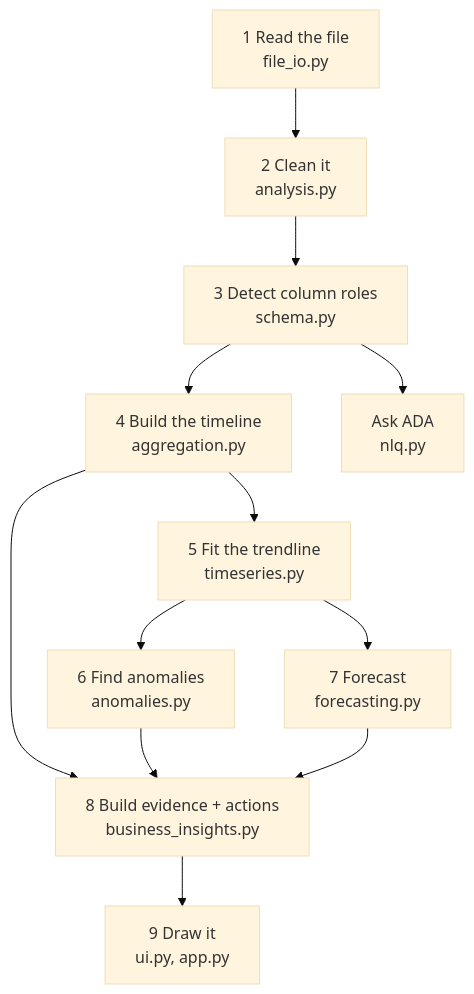
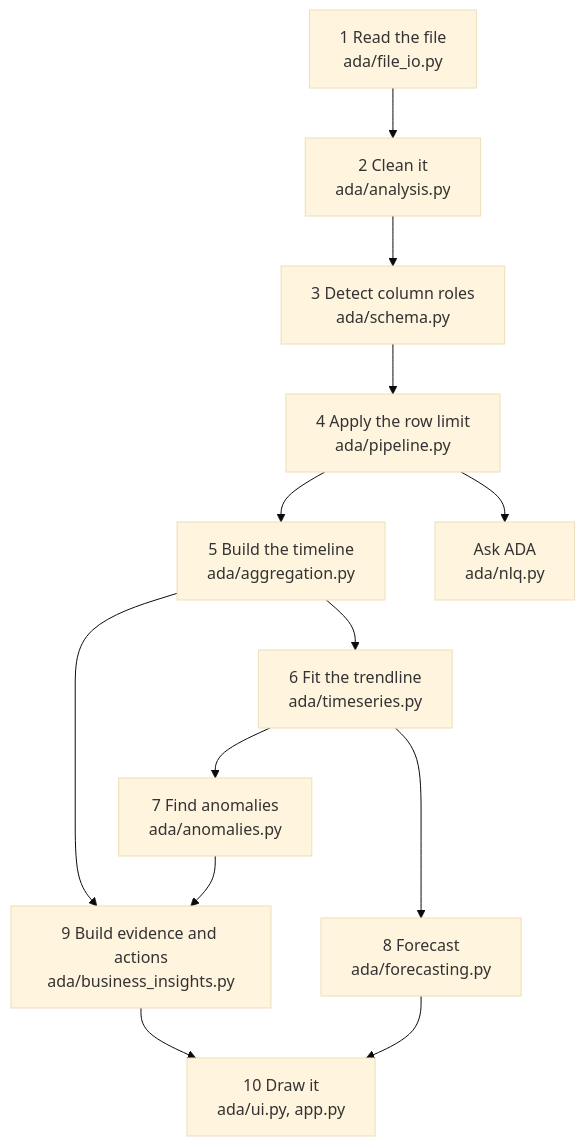
One commit to saineshnakra/automated-data-analyst changed the first of 2 diagrams in docs/how-it-works.md. Above: the diagram before and after it, drawn with Mermaid (base theme). The commit also changed other lines of this file and 22 other files, not shown here.

````diff
--- a/docs/how-it-works.md
+++ b/docs/how-it-works.md
@@ -6,14 +6,15 @@
 ```mermaid
 flowchart TD
-    A["1 Read the file<br/>file_io.py"] --> B["2 Clean it<br/>analysis.py"]
-    B --> C["3 Detect column roles<br/>schema.py"]
-    C --> D["4 Build the timeline<br/>aggregation.py"]
-    D --> E["5 Fit the trendline<br/>timeseries.py"]
-    E --> F["6 Find anomalies<br/>anomalies.py"]
-    E --> G["7 Forecast<br/>forecasting.py"]
-    D --> H["8 Build evidence + actions<br/>business_insights.py"]
+    A["1 Read the file<br/>ada/file_io.py"] --> B["2 Clean it<br/>ada/analysis.py"]
+    B --> C["3 Detect column roles<br/>ada/schema.py"]
+    C --> R["4 Apply the row limit<br/>ada/pipeline.py"]
+    R --> D["5 Build the timeline<br/>ada/aggregation.py"]
+    D --> E["6 Fit the trendline<br/>ada/timeseries.py"]
+    E --> F["7 Find anomalies<br/>ada/anomalies.py"]
+    E --> G["8 Forecast<br/>ada/forecasting.py"]
+    D --> H["9 Build evidence and actions<br/>ada/business_insights.py"]
     F --> H
-    G --> H
-    H --> I["9 Draw it<br/>ui.py, app.py"]
-    C --> J["Ask ADA<br/>nlq.py"]
+    H --> I["10 Draw it<br/>ada/ui.py, app.py"]
+    G --> I
+    R --> J["Ask ADA<br/>ada/nlq.py"]
 ```
````
